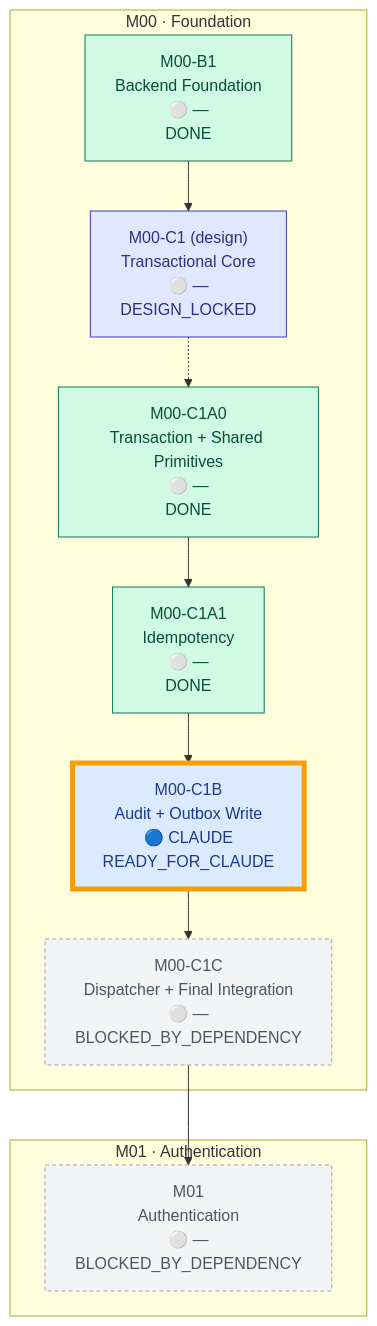
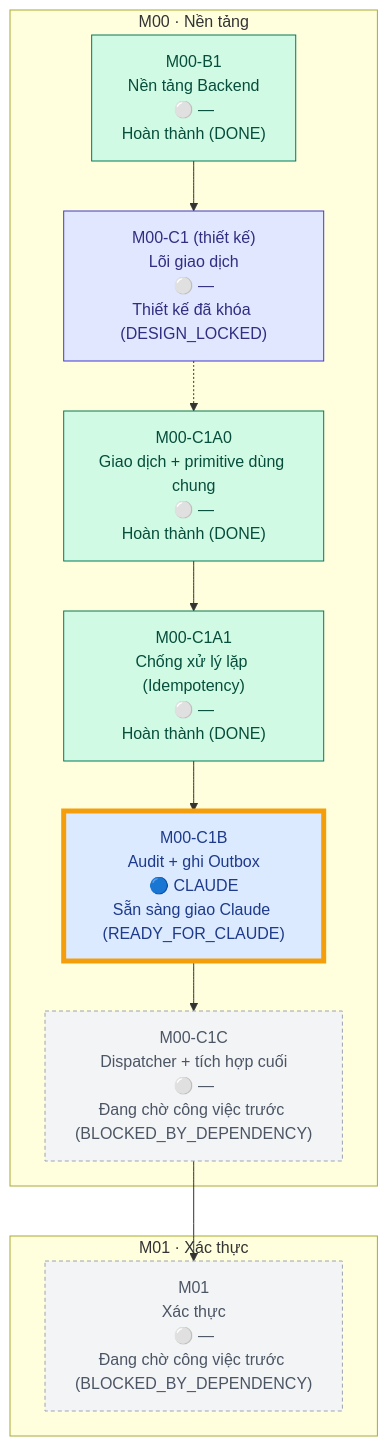
Before and after one commit to trungtn87/11ship: the diagram in docs/PROGRESS.md, drawn with Mermaid. The commit also changed other lines of this file, not shown here.

````diff
--- a/docs/PROGRESS.md
+++ b/docs/PROGRESS.md
@@ -37,36 +37,36 @@
 ```mermaid
 flowchart TD
-  subgraph M00_box["M00 · Foundation"]
-    M00_B1["M00-B1<br/>Backend Foundation<br/>⚪ —<br/>DONE"]
-    M00_C1["M00-C1 (design)<br/>Transactional Core<br/>⚪ —<br/>DESIGN_LOCKED"]
-    M00_C1A0["M00-C1A0<br/>Transaction + Shared Primitives<br/>⚪ —<br/>DONE"]
-    M00_C1A1["M00-C1A1<br/>Idempotency<br/>⚪ —<br/>DONE"]
-    M00_C1B["M00-C1B<br/>Audit + Outbox Write<br/>🔵 CLAUDE<br/>READY_FOR_CLAUDE"]
-    M00_C1C["M00-C1C<br/>Dispatcher + Final Integration<br/>⚪ —<br/>BLOCKED_BY_DEPENDENCY"]
+  subgraph M00_box["M00 · Nền tảng"]
+    M00_B1["M00-B1<br/>Nền tảng Backend<br/>⚪ —<br/>Hoàn thành (DONE)"]
+    M00_C1["M00-C1 (thiết kế)<br/>Lõi giao dịch<br/>⚪ —<br/>Thiết kế đã khóa (DESIGN_LOCKED)"]
+    M00_C1A0["M00-C1A0<br/>Giao dịch + primitive dùng chung<br/>⚪ —<br/>Hoàn thành (DONE)"]
+    M00_C1A1["M00-C1A1<br/>Chống xử lý lặp (Idempotency)<br/>⚪ —<br/>Hoàn thành (DONE)"]
+    M00_C1B["M00-C1B<br/>Audit + ghi Outbox<br/>🔵 CLAUDE<br/>Sẵn sàng giao Claude (READY_FOR_CLAUDE)"]
+    M00_C1C["M00-C1C<br/>Dispatcher + tích hợp cuối<br/>⚪ —<br/>Đang chờ công việc trước (BLOCKED_BY_DEPENDENCY)"]
   end
-  subgraph M01_box["M01 · Authentication"]
-    M01["M01<br/>Authentication<br/>⚪ —<br/>BLOCKED_BY_DEPENDENCY"]
+  subgraph M01_box["M01 · Xác thực"]
+    M01["M01<br/>Xác thực<br/>⚪ —<br/>Đang chờ công việc trước (BLOCKED_BY_DEPENDENCY)"]
   end
 
   M00_B1 --> M00_C1
   M00_C1 -.-> M00_C1A0
   M00_C1A0 --> M00_C1A1
   M00_C1A1 --> M00_C1B
   M00_C1B --> M00_C1C
   M00_C1C --> M01
 
   classDef done fill:#d1fae5,stroke:#047857,color:#064e3b
   classDef locked fill:#e0e7ff,stroke:#4338ca,color:#312e81
   classDef ready fill:#dbeafe,stroke:#1d4ed8,color:#1e3a8a
   classDef active fill:#fef9c3,stroke:#a16207,color:#713f12
   classDef failed fill:#fee2e2,stroke:#b91c1c,color:#7f1d1d
   classDef review fill:#f3e8ff,stroke:#7e22ce,color:#581c87
   classDef blocked fill:#f3f4f6,stroke:#9ca3af,color:#4b5563,stroke-dasharray:4 3
   classDef planned fill:#ffffff,stroke:#9ca3af,color:#374151
   classDef focus stroke:#f59e0b,stroke-width:5px
   class M00_B1,M00_C1A0,M00_C1A1 done
   class M00_C1 locked
   class M00_C1B ready
   class M00_C1C,M01 blocked
   class M00_C1B focus
 ```
````
